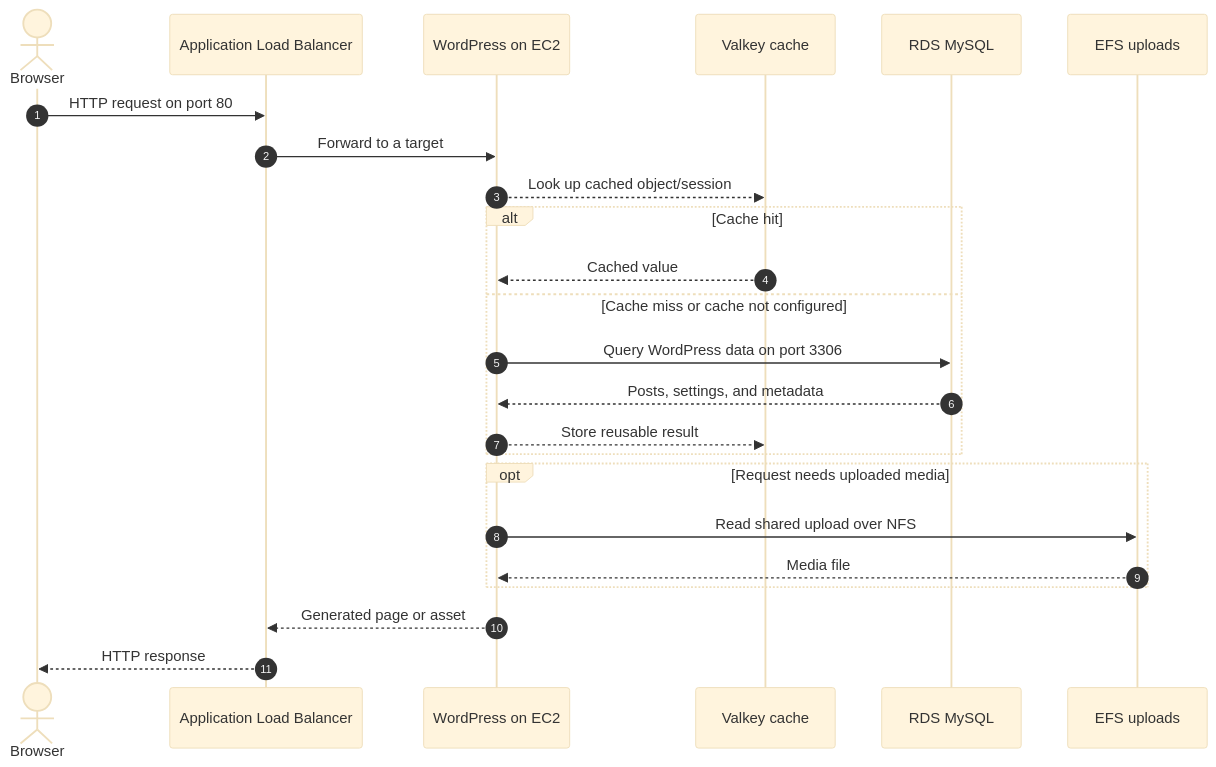
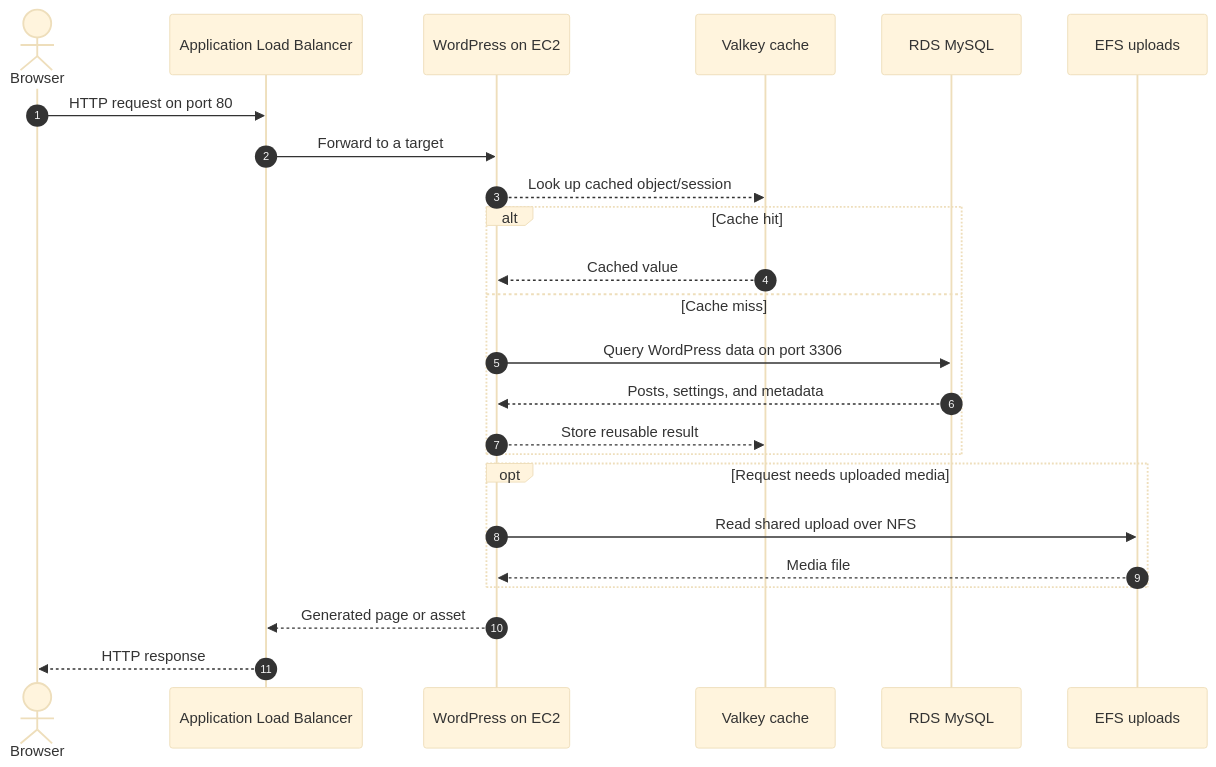
One commit to Breno30/scalable-wordpress changed the diagram in diagrams/request-flow.mmd. Above: the diagram before and after it, drawn with Mermaid (base theme). The commit also changed 4 other files, not shown here.

```diff
--- a/diagrams/request-flow.mmd
+++ b/diagrams/request-flow.mmd
@@ -1,25 +1,25 @@
 sequenceDiagram
     autonumber
     actor User as Browser
     participant ALB as Application Load Balancer
     participant WP as WordPress on EC2
     participant Cache as Valkey cache
     participant DB as RDS MySQL
     participant EFS as EFS uploads
 
     User->>ALB: HTTP request on port 80
     ALB->>WP: Forward to a target
     WP-->>Cache: Look up cached object/session
     alt Cache hit
         Cache-->>WP: Cached value
-    else Cache miss or cache not configured
+    else Cache miss
         WP->>DB: Query WordPress data on port 3306
         DB-->>WP: Posts, settings, and metadata
         WP-->>Cache: Store reusable result
     end
     opt Request needs uploaded media
         WP->>EFS: Read shared upload over NFS
         EFS-->>WP: Media file
     end
     WP-->>ALB: Generated page or asset
     ALB-->>User: HTTP response
```
